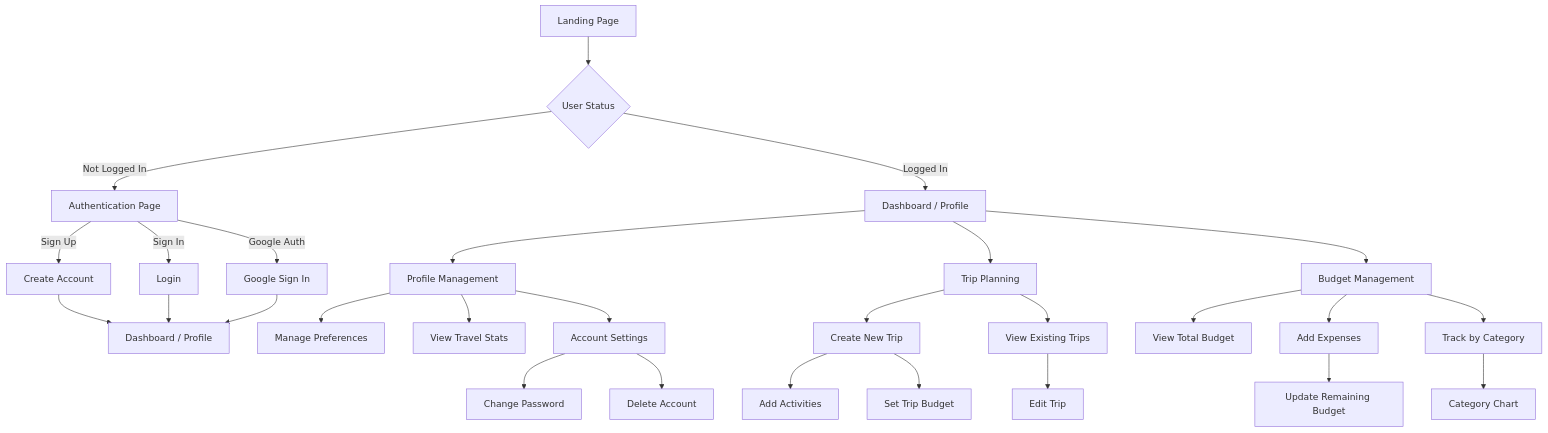
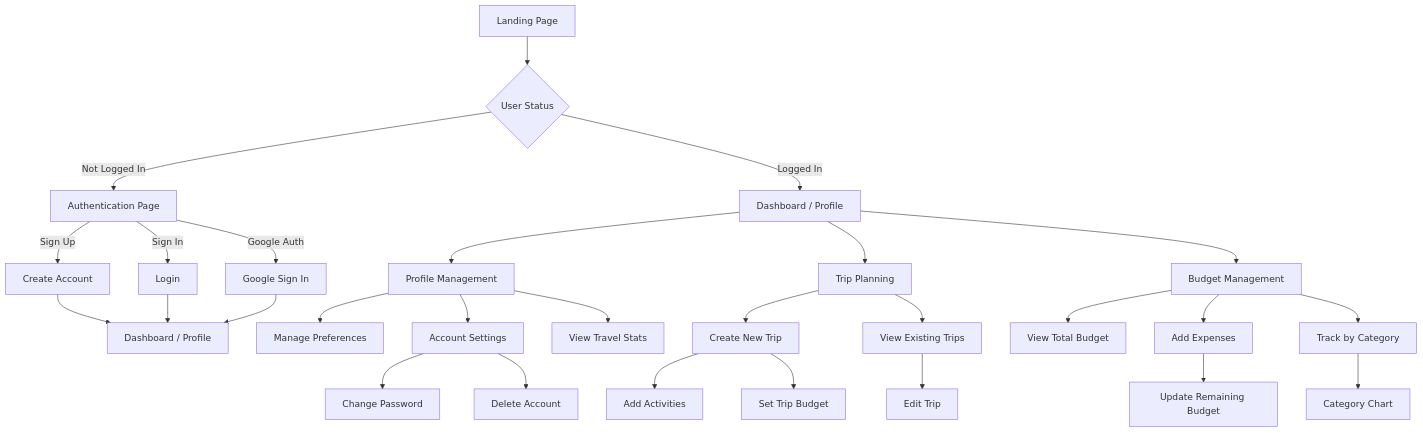
One commit to heyabhinav/Travel_Genie changed the diagram in README.md. Above: the diagram before and after it, drawn with Mermaid. The commit also changed other lines of this file, not shown here.

````diff
--- a/README.md
+++ b/README.md
@@ -3,45 +48,45 @@
 ```mermaid
 graph TD
     %% Landing & Auth Flow
     A[Landing Page] --> B{User Status}
     B -->|Not Logged In| C[Authentication Page]
     B -->|Logged In| D[Dashboard / Profile]
 
     C -->|Sign Up| E[Create Account]
     C -->|Sign In| F[Login]
     C -->|Google Auth| G[Google Sign In]
     E --> D1[Dashboard / Profile]
     F --> D1
     G --> D1
 
     %% Dashboard Navigation
     D --> H[Profile Management]
     D --> I[Trip Planning]
     D --> J[Budget Management]
 
     %% Profile Management
     H --> M[Manage Preferences]
+    H --> O[Account Settings]
     H --> N[View Travel Stats]
-    H --> O[Account Settings]
 
     O --> P[Change Password]
     O --> Q[Delete Account]
 
     %% Trip Planning
     I --> R[Create New Trip]
     I --> S[View Existing Trips]
 
     R --> T[Add Activities]
     R --> U[Set Trip Budget]
 
     S --> V[Edit Trip]
 
     %% Budget Management
     J --> Z[View Total Budget]
     J --> AA[Add Expenses]
     J --> AB[Track by Category]
 
     AB --> AE[Category Chart]
     AA --> AD[Update Remaining Budget]
 
 ```
````
